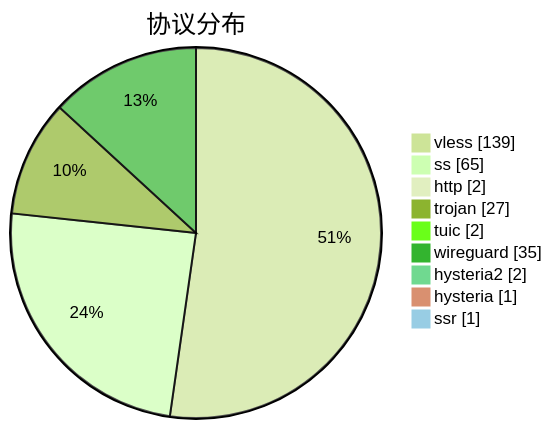
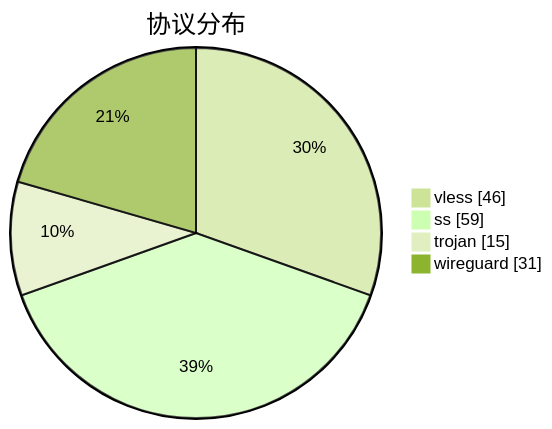
The third of 3 diagrams in subs/statistics/tested_within.md (qjlxg/airport), drawn with Mermaid (forest theme) before and after one commit. The commit also changed other lines of this file and 2 other files, not shown here.

````diff
--- a/subs/statistics/tested_within.md
+++ b/subs/statistics/tested_within.md
@@ -34,13 +33,8 @@
 ```mermaid
 pie showData
 title 协议分布
-"vless" : 139
-"ss" : 65
-"http" : 2
-"trojan" : 27
-"tuic" : 2
-"wireguard" : 35
-"hysteria2" : 2
-"hysteria" : 1
-"ssr" : 1
+"vless" : 46
+"ss" : 59
+"trojan" : 15
+"wireguard" : 31
 ```
````
